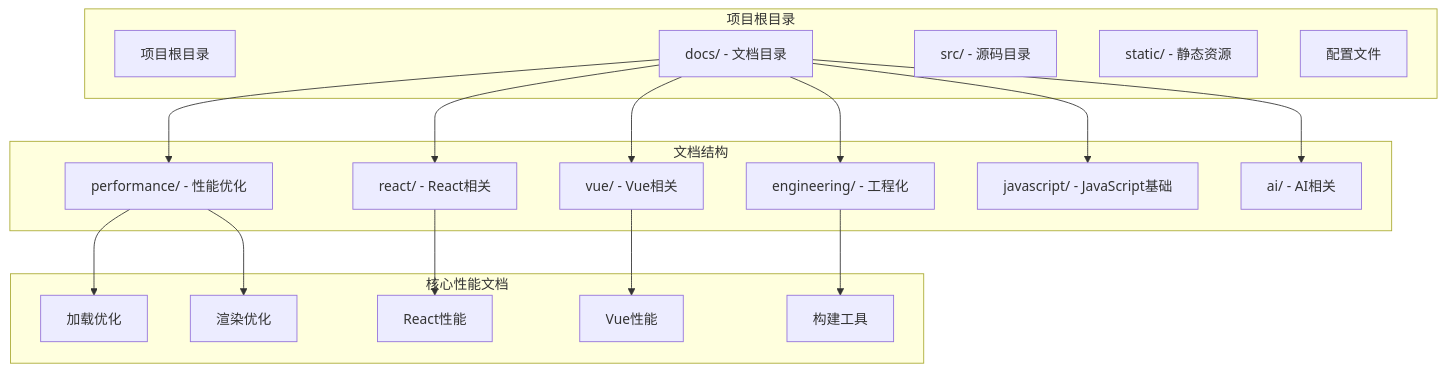
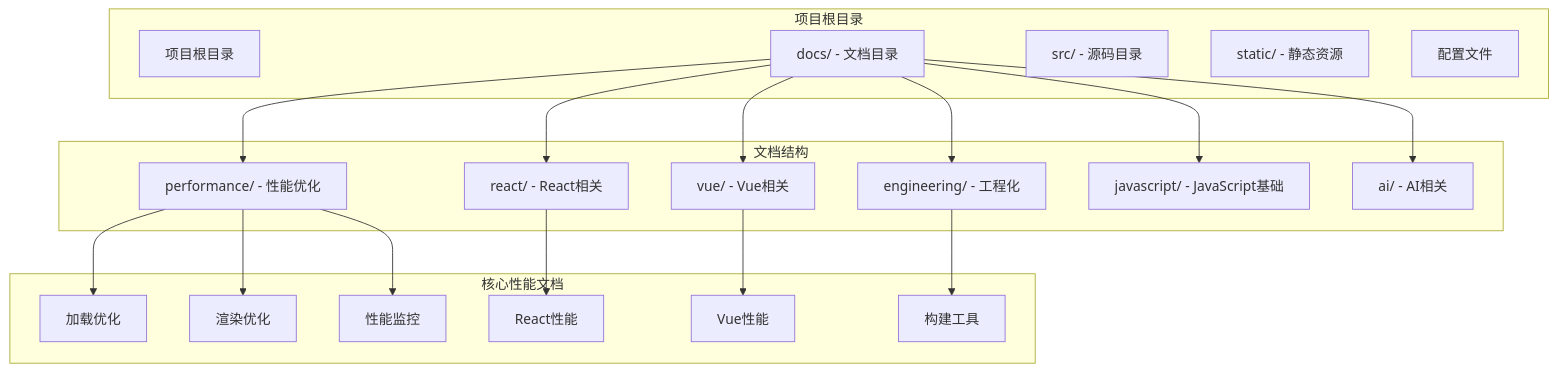
The first of 6 diagrams in .qoder/repowiki/zh/content/前端性能优化/前端性能优化.md (UnicornXU/knowledge-base), drawn with Mermaid before and after one commit. The commit also changed other lines of this file and 18 other files, not shown here.

````diff
--- a/.qoder/repowiki/zh/content/前端性能优化/前端性能优化.md
+++ b/.qoder/repowiki/zh/content/前端性能优化/前端性能优化.md
@@ -40,36 +46,38 @@
 ```mermaid
 graph TB
 subgraph "项目根目录"
 Root[项目根目录]
 Docs[docs/ - 文档目录]
 Src[src/ - 源码目录]
 Static[static/ - 静态资源]
 Config[配置文件]
 end
 subgraph "文档结构"
 Perf[performance/ - 性能优化]
 React[react/ - React相关]
 Vue[vue/ - Vue相关]
 Eng[engineering/ - 工程化]
 JS[javascript/ - JavaScript基础]
 AI[ai/ - AI相关]
 end
 Docs --> Perf
 Docs --> React
 Docs --> Vue
 Docs --> Eng
 Docs --> JS
 Docs --> AI
 subgraph "核心性能文档"
 Load[加载优化]
 Render[渲染优化]
+Monitor[性能监控]
 ReactPerf[React性能]
 VuePerf[Vue性能]
 Bundler[构建工具]
 end
 Perf --> Load
 Perf --> Render
+Perf --> Monitor
 React --> ReactPerf
 Vue --> VuePerf
 Eng --> Bundler
 ```
````
